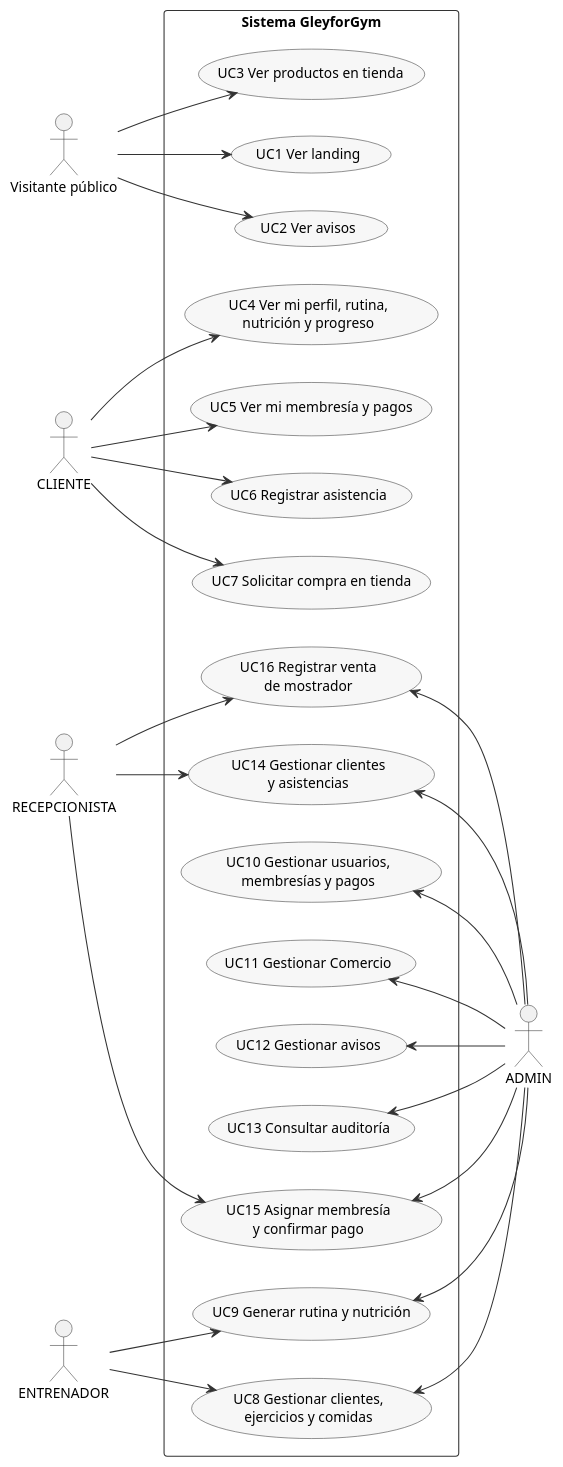
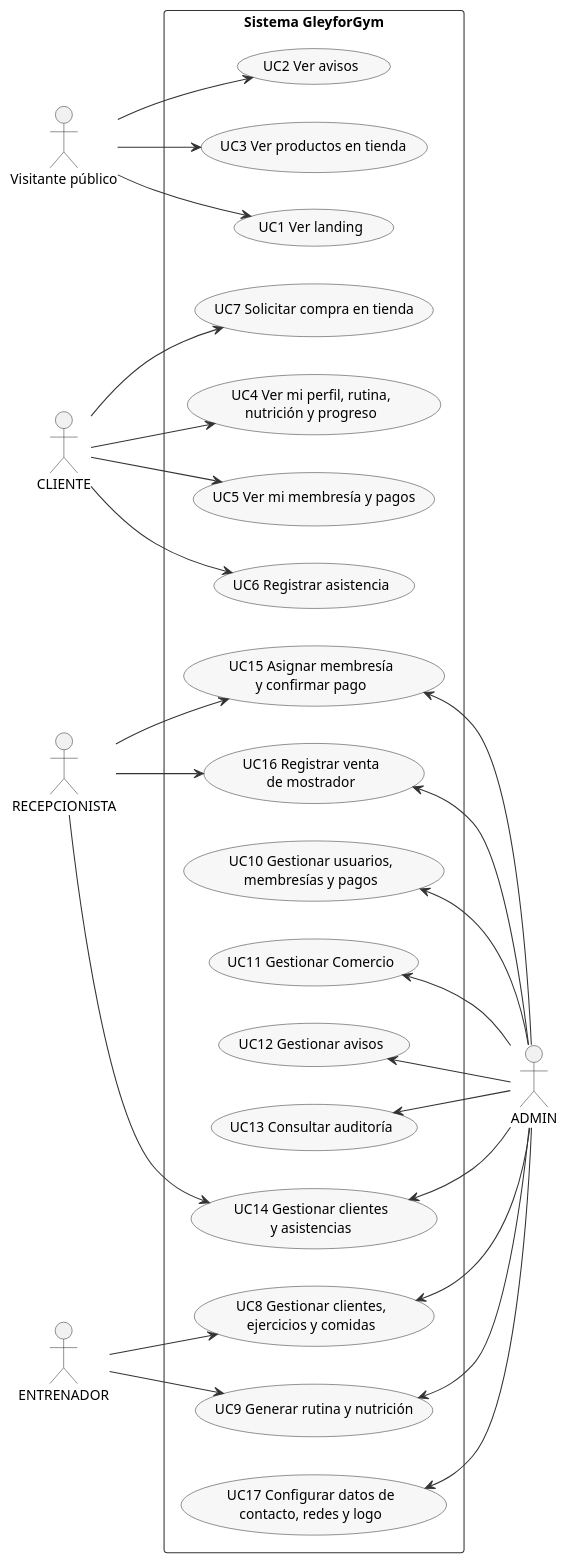
Before and after one commit to KeenGuerra/GleyforGymInvestigacion: the eighth of 11 diagrams in docs/07_Gestion_Proyecto/Intervencion_Metodologica.md, drawn with PlantUML. The commit also changed other lines of this file and 12 other files, not shown here.

````diff
--- a/docs/07_Gestion_Proyecto/Intervencion_Metodologica.md
+++ b/docs/07_Gestion_Proyecto/Intervencion_Metodologica.md
@@ -1124,63 +1150,65 @@
 ```plantuml
 @startuml fig07_casos_de_uso
 skinparam defaultFontName Arial
 skinparam defaultFontSize 13
 skinparam shadowing false
 skinparam backgroundColor white
 skinparam ArrowColor #333333
 skinparam roundcorner 6
 left to right direction
 skinparam actorStyle stick
 skinparam UsecaseBackgroundColor #F7F7F7
 skinparam UsecaseBorderColor #333333
 skinparam RectangleBorderColor #333333
 skinparam ActorBorderColor #333333
 
 actor "Visitante público" as Publico
 actor "CLIENTE" as Cliente
 actor "RECEPCIONISTA" as Recepcion
 actor "ENTRENADOR" as Entrenador
 actor "ADMIN" as Admin
 
 rectangle "Sistema GleyforGym" {
   usecase "UC1 Ver landing" as UC1
   usecase "UC2 Ver avisos" as UC2
   usecase "UC3 Ver productos en tienda" as UC3
   usecase "UC4 Ver mi perfil, rutina,\nnutrición y progreso" as UC4
   usecase "UC5 Ver mi membresía y pagos" as UC5
   usecase "UC6 Registrar asistencia" as UC6
   usecase "UC7 Solicitar compra en tienda" as UC7
   usecase "UC8 Gestionar clientes,\nejercicios y comidas" as UC8
   usecase "UC9 Generar rutina y nutrición" as UC9
   usecase "UC10 Gestionar usuarios,\nmembresías y pagos" as UC10
   usecase "UC11 Gestionar Comercio" as UC11
   usecase "UC12 Gestionar avisos" as UC12
   usecase "UC13 Consultar auditoría" as UC13
   usecase "UC14 Gestionar clientes\ny asistencias" as UC14
   usecase "UC15 Asignar membresía\ny confirmar pago" as UC15
   usecase "UC16 Registrar venta\nde mostrador" as UC16
+  usecase "UC17 Configurar datos de\ncontacto, redes y logo" as UC17
 }
 
 Publico --> UC1
 Publico --> UC2
 Publico --> UC3
 Cliente --> UC4
 Cliente --> UC5
 Cliente --> UC6
 Cliente --> UC7
 Recepcion --> UC14
 Recepcion --> UC15
 Recepcion --> UC16
 Entrenador --> UC8
 Entrenador --> UC9
 UC8 <-- Admin
 UC9 <-- Admin
 UC10 <-- Admin
 UC11 <-- Admin
 UC12 <-- Admin
 UC13 <-- Admin
 UC14 <-- Admin
 UC15 <-- Admin
 UC16 <-- Admin
+UC17 <-- Admin
 @enduml
 ```
````
